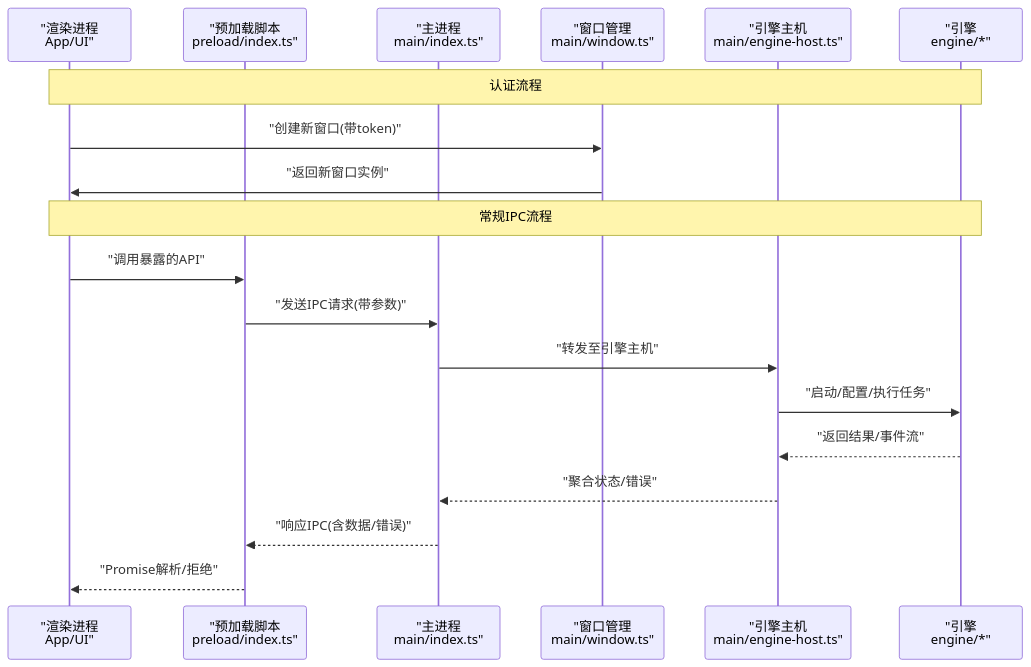
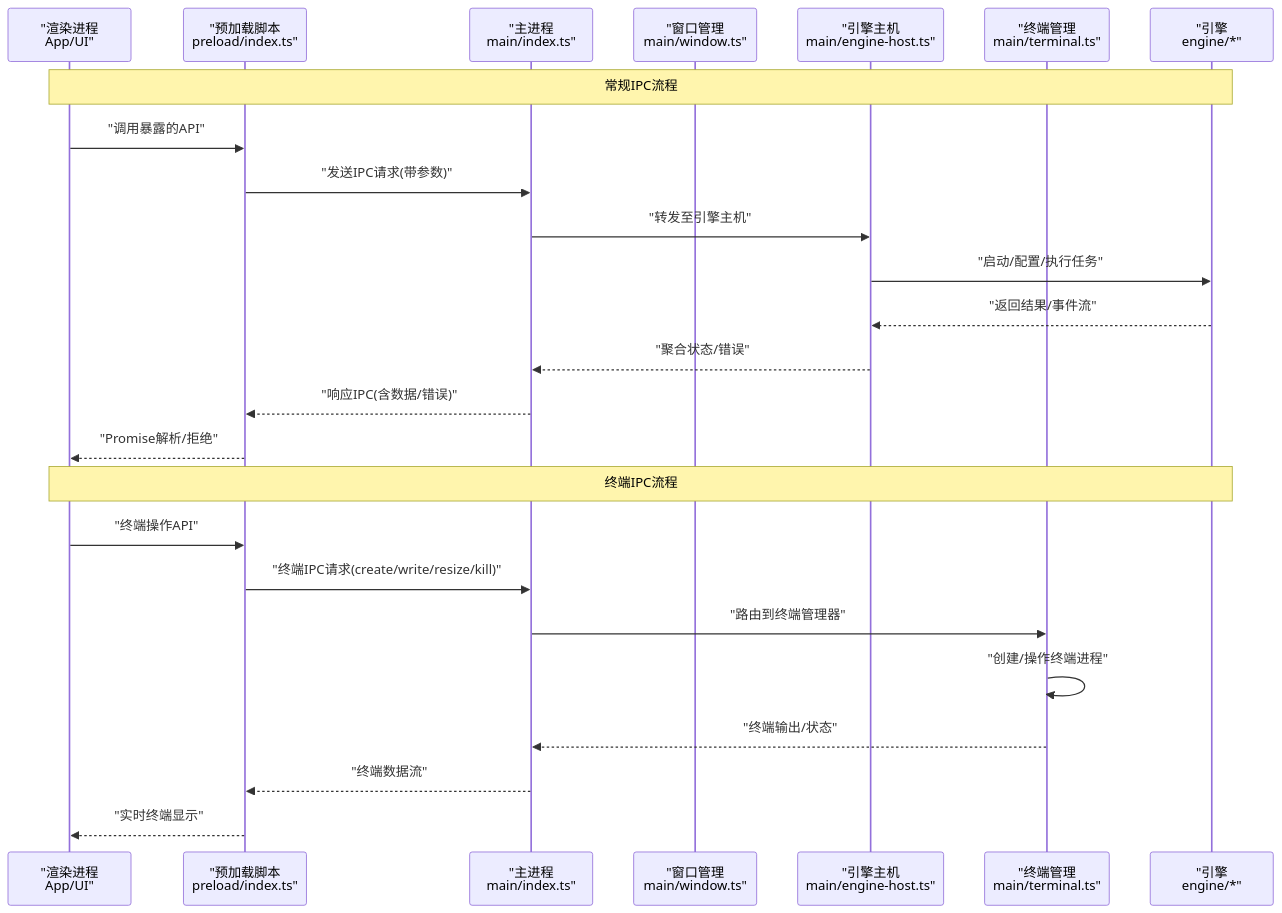
Before and after one commit to kkutysllb/KCoder: the second of 4 diagrams in .qoder/repowiki/zh/content/API参考/IPC进程间通信.md, drawn with Mermaid. The commit also changed other lines of this file and 10 other files, not shown here.

Commit message:
修复内容 修正 preload 路径引用：main/index.ts 两处 index.js → index.mjs 固定产物名：electron.vite.config.ts 的 preload 输出显式设置 format: 'es' + entryFileNames: '[name].mjs'，确保 dev/build 产物名确定 防御性加固：TerminalPanel 对 window.kcoder?.terminal 做空值检查，preload 缺失时优雅降级而非崩溃

````diff
--- a/.qoder/repowiki/zh/content/API参考/IPC进程间通信.md
+++ b/.qoder/repowiki/zh/content/API参考/IPC进程间通信.md
@@ -105,21 +118,27 @@
 ```mermaid
 sequenceDiagram
 participant UI as "渲染进程<br/>App/UI"
 participant Pre as "预加载脚本<br/>preload/index.ts"
 participant Main as "主进程<br/>main/index.ts"
 participant Win as "窗口管理<br/>main/window.ts"
 participant Host as "引擎主机<br/>main/engine-host.ts"
+participant Term as "终端管理<br/>main/terminal.ts"
 participant Eng as "引擎<br/>engine/*"
-Note over UI,Eng : 认证流程
-UI->>Win : "创建新窗口(带token)"
-Win->>UI : "返回新窗口实例"
 Note over UI,Eng : 常规IPC流程
 UI->>Pre : "调用暴露的API"
 Pre->>Main : "发送IPC请求(带参数)"
 Main->>Host : "转发至引擎主机"
 Host->>Eng : "启动/配置/执行任务"
 Eng-->>Host : "返回结果/事件流"
 Host-->>Main : "聚合状态/错误"
 Main-->>Pre : "响应IPC(含数据/错误)"
 Pre-->>UI : "Promise解析/拒绝"
+Note over UI,Eng : 终端IPC流程
+UI->>Pre : "终端操作API"
+Pre->>Main : "终端IPC请求(create/write/resize/kill)"
+Main->>Term : "路由到终端管理器"
+Term->>Term : "创建/操作终端进程"
+Term-->>Main : "终端输出/状态"
+Main-->>Pre : "终端数据流"
+Pre-->>UI : "实时终端显示"
 ```
````
